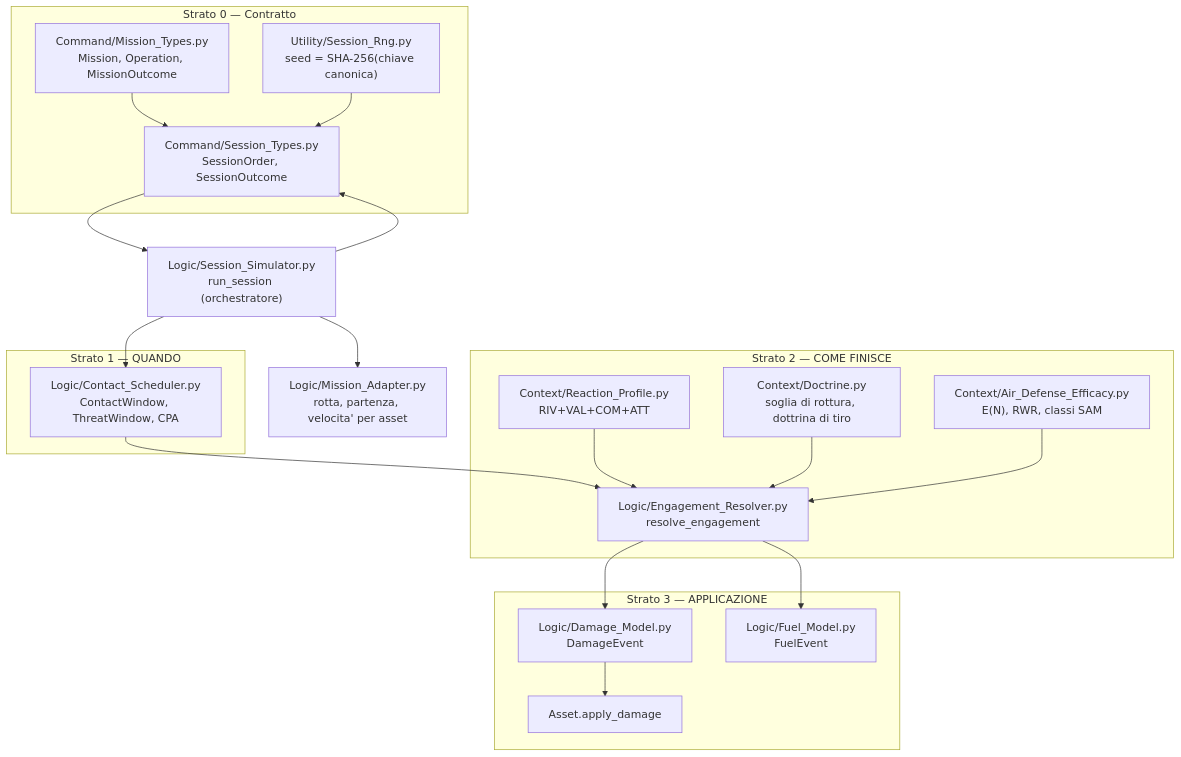
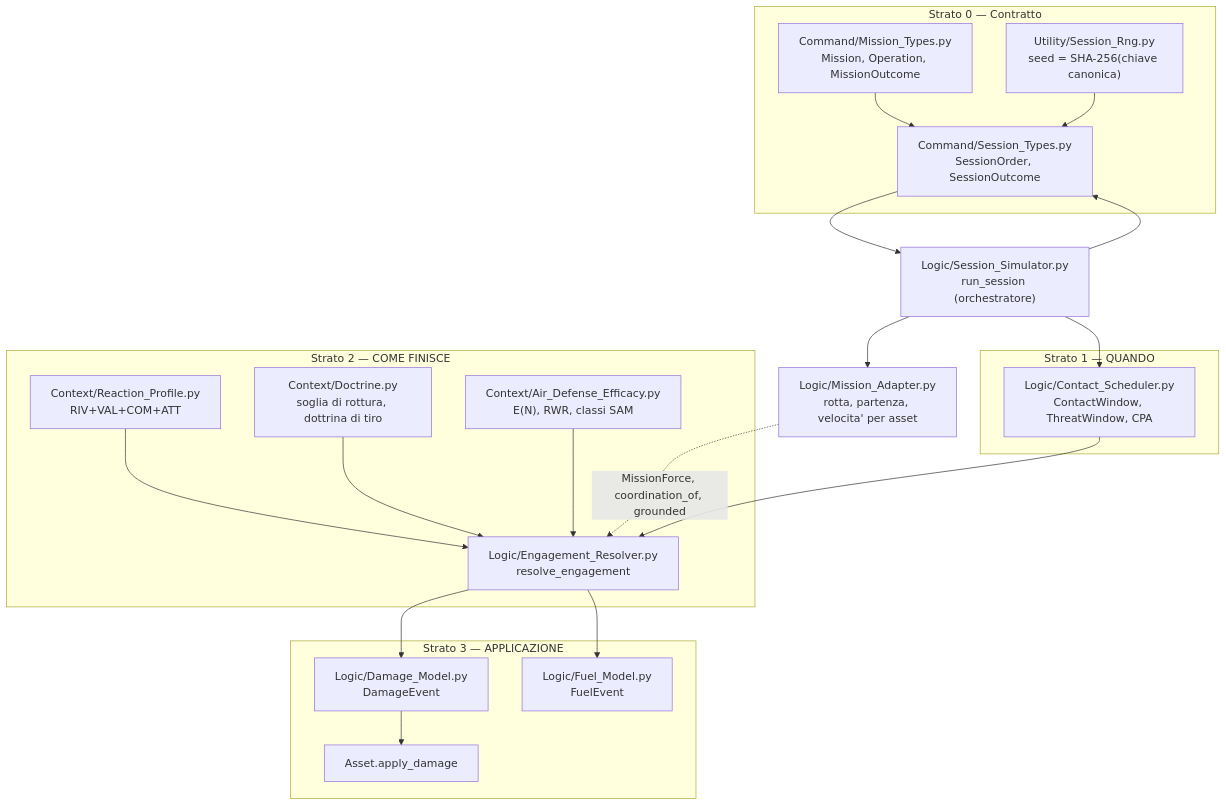
One commit to MakusIV/Warfare-Model changed the diagram in Analysis/Document/Manuale_Motore_DES/02_Scopo_e_Motivazioni.md. Above: the diagram before and after it, drawn with Mermaid. The commit also changed other lines of this file and 11 other files, not shown here.

````diff
--- a/Analysis/Document/Manuale_Motore_DES/02_Scopo_e_Motivazioni.md
+++ b/Analysis/Document/Manuale_Motore_DES/02_Scopo_e_Motivazioni.md
@@ -83,42 +88,43 @@
 ```mermaid
 flowchart TD
     subgraph S0["Strato 0 — Contratto"]
         ST["Command/Session_Types.py<br/>SessionOrder, SessionOutcome"]
         MT["Command/Mission_Types.py<br/>Mission, Operation, MissionOutcome"]
         RNG["Utility/Session_Rng.py<br/>seed = SHA-256(chiave canonica)"]
     end
 
     subgraph S1["Strato 1 — QUANDO"]
         CS["Logic/Contact_Scheduler.py<br/>ContactWindow, ThreatWindow, CPA"]
     end
 
     subgraph S2["Strato 2 — COME FINISCE"]
         ER["Logic/Engagement_Resolver.py<br/>resolve_engagement"]
         RP["Context/Reaction_Profile.py<br/>RIV+VAL+COM+ATT"]
         DOC["Context/Doctrine.py<br/>soglia di rottura, dottrina di tiro"]
         ADE["Context/Air_Defense_Efficacy.py<br/>E(N), RWR, classi SAM"]
     end
 
     subgraph S3["Strato 3 — APPLICAZIONE"]
         DM["Logic/Damage_Model.py<br/>DamageEvent"]
         FM["Logic/Fuel_Model.py<br/>FuelEvent"]
         AD["Asset.apply_damage"]
     end
 
     ORCH["Logic/Session_Simulator.py<br/>run_session (orchestratore)"]
     MA["Logic/Mission_Adapter.py<br/>rotta, partenza, velocita' per asset"]
 
     MT --> ST
     ST --> ORCH
     ORCH --> MA
+    MA -.->|MissionForce, coordination_of, grounded| ER
     RNG --> ST
     ORCH --> CS
     CS --> ER
     RP --> ER
     DOC --> ER
     ADE --> ER
     ER --> DM
     ER --> FM
     DM --> AD
     ORCH --> ST
 ```
````
